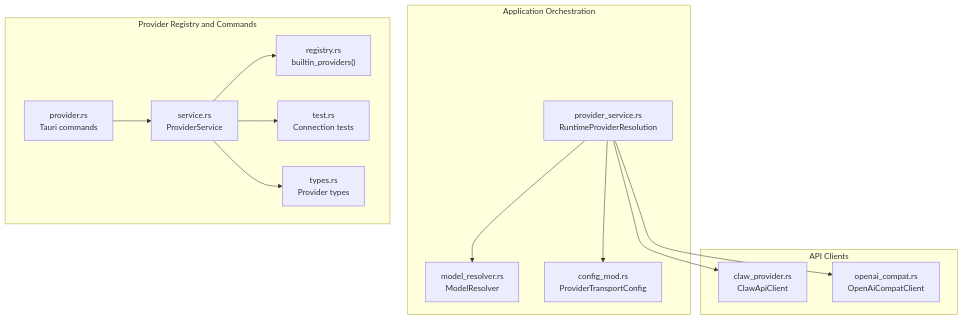
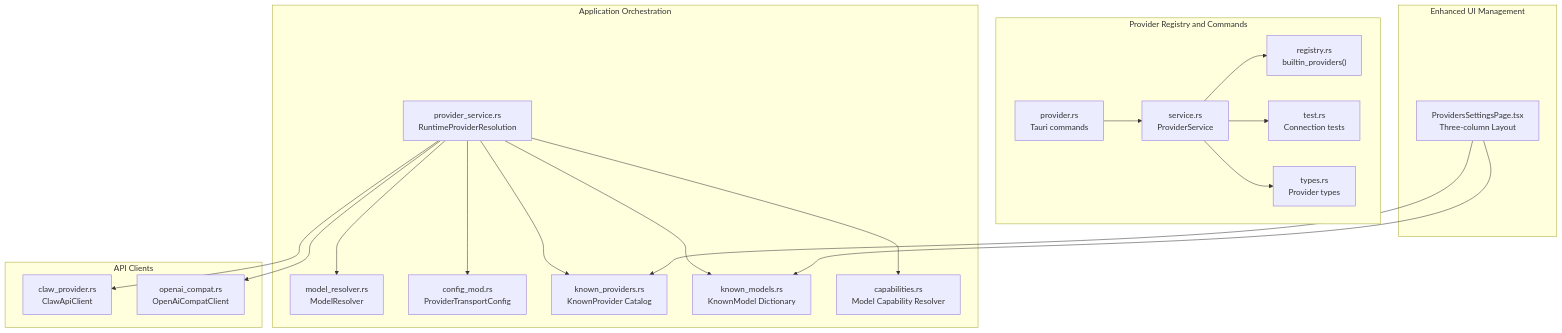
The first of 12 diagrams in .qoder/repowiki/en/content/Backend System (Rust)/Module Architecture & Design/Application Layer/Provider Service.md (novolei/if2Ai), drawn with Mermaid before and after one commit. The commit also changed other lines of this file and 32 other files, not shown here.

First line of the commit message:
feat(usage+compact+provider): usage tracking module, compact service, provider model sync

````diff
--- a/.qoder/repowiki/en/content/Backend System (Rust)/Module Architecture & Design/Application Layer/Provider Service.md
+++ b/.qoder/repowiki/en/content/Backend System (Rust)/Module Architecture & Design/Application Layer/Provider Service.md
@@ -40,27 +56,38 @@
 ```mermaid
 graph TB
 subgraph "Application Orchestration"
 PS["provider_service.rs<br/>RuntimeProviderResolution"]
 MR["model_resolver.rs<br/>ModelResolver"]
 CFG["config_mod.rs<br/>ProviderTransportConfig"]
+KP["known_providers.rs<br/>KnownProvider Catalog"]
+KM["known_models.rs<br/>KnownModel Dictionary"]
+CAP["capabilities.rs<br/>Model Capability Resolver"]
 end
 subgraph "API Clients"
 CL["claw_provider.rs<br/>ClawApiClient"]
 OA["openai_compat.rs<br/>OpenAiCompatClient"]
 end
 subgraph "Provider Registry and Commands"
 REG["registry.rs<br/>builtin_providers()"]
 SVC["service.rs<br/>ProviderService"]
 CMD["provider.rs<br/>Tauri commands"]
 TST["test.rs<br/>Connection tests"]
 TYP["types.rs<br/>Provider types"]
 end
+subgraph "Enhanced UI Management"
+PSP["ProvidersSettingsPage.tsx<br/>Three-column Layout"]
+end
 PS --> MR
 PS --> CFG
+PS --> KP
+PS --> KM
+PS --> CAP
 PS --> CL
 PS --> OA
 CMD --> SVC
 SVC --> REG
 SVC --> TST
 SVC --> TYP
+PSP --> KP
+PSP --> KM
 ```
````
